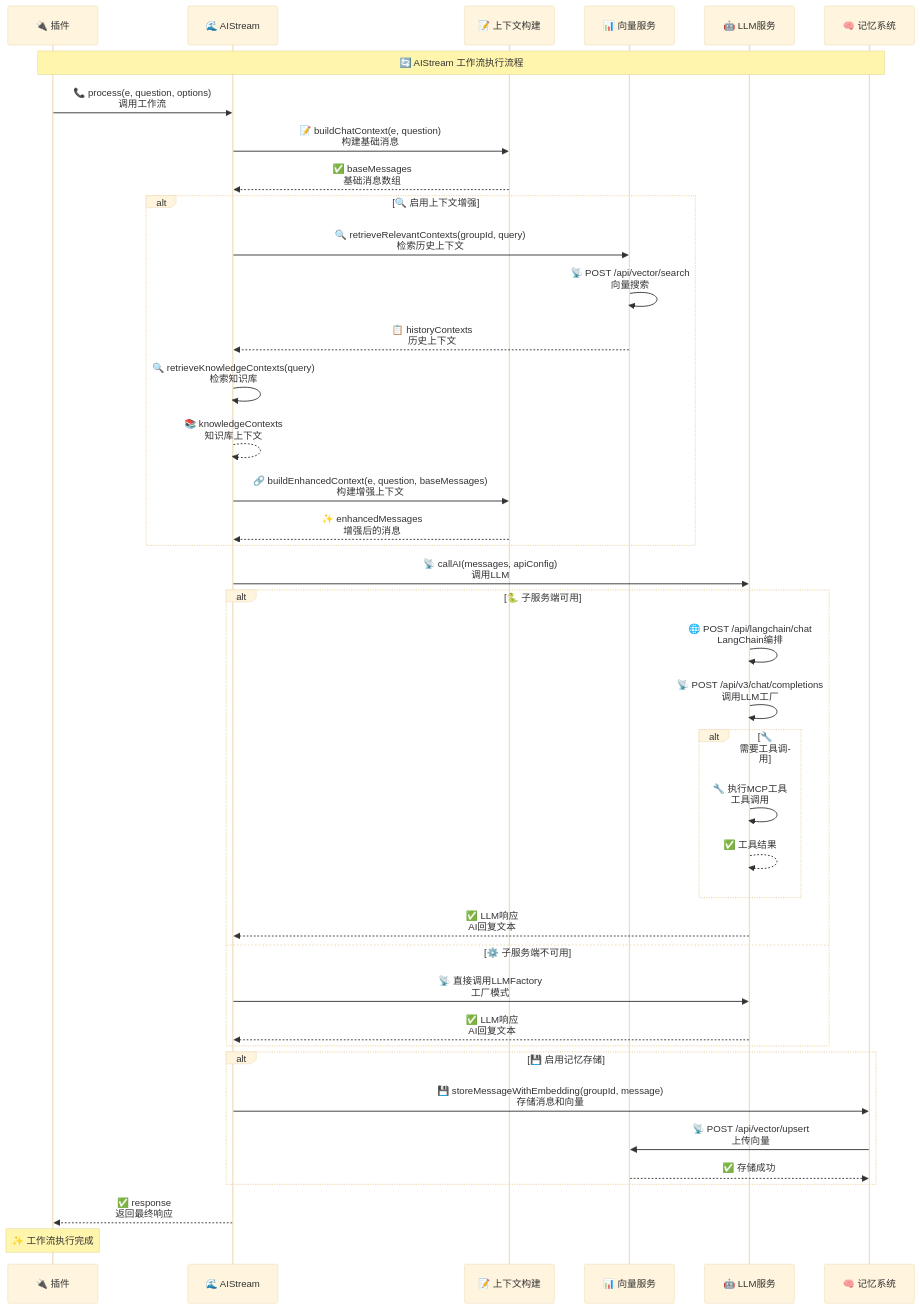
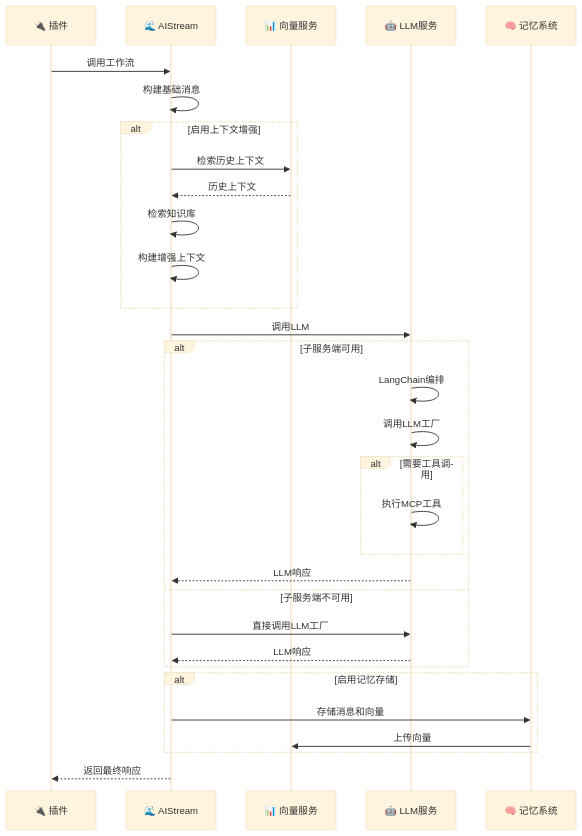
One commit to sunflowermm/XRK-AGT changed the second of 5 diagrams in docs/aistream.md. Above: the diagram before and after it, drawn with Mermaid (base theme). The commit also changed other lines of this file and 19 other files, not shown here.

````diff
--- a/docs/aistream.md
+++ b/docs/aistream.md
@@ -85,50 +78,39 @@
 ```mermaid
 sequenceDiagram
     participant Plugin as 🔌 插件
     participant Stream as 🌊 AIStream
-    participant Context as 📝 上下文构建
     participant Vector as 📊 向量服务
     participant LLM as 🤖 LLM服务
     participant Memory as 🧠 记忆系统
     
-    Note over Plugin,Memory: 🔄 AIStream 工作流执行流程
+    Plugin->>Stream: 调用工作流
+    Stream->>Stream: 构建基础消息
     
-    Plugin->>Stream: 📞 process(e, question, options)<br/>调用工作流
-    Stream->>Context: 📝 buildChatContext(e, question)<br/>构建基础消息
-    Context-->>Stream: ✅ baseMessages<br/>基础消息数组
-    
-    alt 🔍 启用上下文增强
-        Stream->>Vector: 🔍 retrieveRelevantContexts(groupId, query)<br/>检索历史上下文
-        Vector->>Vector: 📡 POST /api/vector/search<br/>向量搜索
-        Vector-->>Stream: 📋 historyContexts<br/>历史上下文
-        Stream->>Stream: 🔍 retrieveKnowledgeContexts(query)<br/>检索知识库
-        Stream-->>Stream: 📚 knowledgeContexts<br/>知识库上下文
-        Stream->>Context: 🔗 buildEnhancedContext(e, question, baseMessages)<br/>构建增强上下文
-        Context-->>Stream: ✨ enhancedMessages<br/>增强后的消息
+    alt 启用上下文增强
+        Stream->>Vector: 检索历史上下文
+        Vector-->>Stream: 历史上下文
+        Stream->>Stream: 检索知识库
+        Stream->>Stream: 构建增强上下文
     end
     
-    Stream->>LLM: 📡 callAI(messages, apiConfig)<br/>调用LLM
+    Stream->>LLM: 调用LLM
     
-    alt 🐍 子服务端可用
-        LLM->>LLM: 🌐 POST /api/langchain/chat<br/>LangChain编排
-        LLM->>LLM: 📡 POST /api/v3/chat/completions<br/>调用LLM工厂
-        alt 🔧 需要工具调用
-            LLM->>LLM: 🔧 执行MCP工具<br/>工具调用
-            LLM-->>LLM: ✅ 工具结果
+    alt 子服务端可用
+        LLM->>LLM: LangChain编排
+        LLM->>LLM: 调用LLM工厂
+        alt 需要工具调用
+            LLM->>LLM: 执行MCP工具
         end
-        LLM-->>Stream: ✅ LLM响应<br/>AI回复文本
-    else ⚙️ 子服务端不可用
-        Stream->>LLM: 📡 直接调用LLMFactory<br/>工厂模式
-        LLM-->>Stream: ✅ LLM响应<br/>AI回复文本
+        LLM-->>Stream: LLM响应
+    else 子服务端不可用
+        Stream->>LLM: 直接调用LLM工厂
+        LLM-->>Stream: LLM响应
     end
     
-    alt 💾 启用记忆存储
-        Stream->>Memory: 💾 storeMessageWithEmbedding(groupId, message)<br/>存储消息和向量
-        Memory->>Vector: 📡 POST /api/vector/upsert<br/>上传向量
-        Vector-->>Memory: ✅ 存储成功
+    alt 启用记忆存储
+        Stream->>Memory: 存储消息和向量
+        Memory->>Vector: 上传向量
     end
     
-    Stream-->>Plugin: ✅ response<br/>返回最终响应
-    
-    Note over Plugin: ✨ 工作流执行完成
+    Stream-->>Plugin: 返回最终响应
 ```
````
